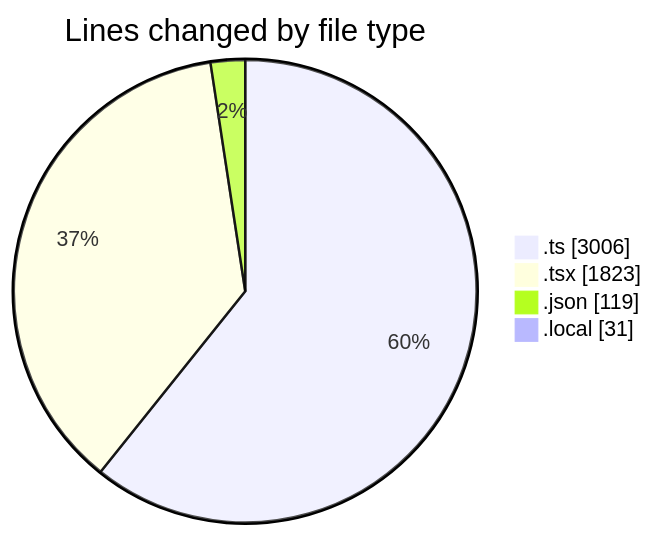
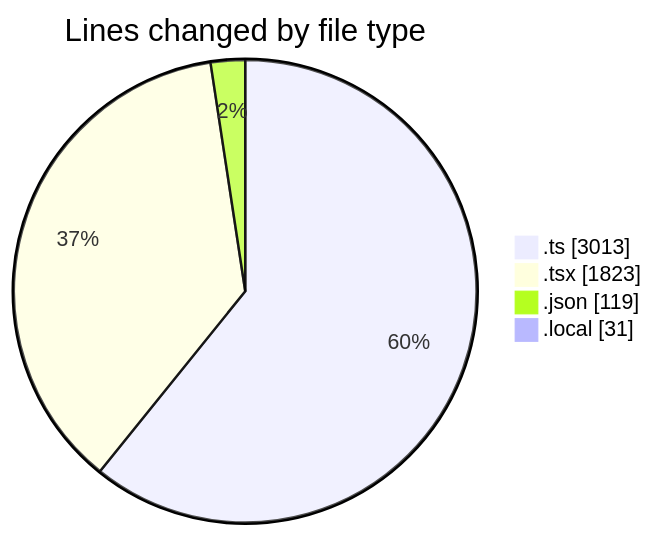
Before and after one commit to julien-gomy/code-tracking: the first of 2 diagrams in 2025-11-10/eventscop-frontend-guide__workspace_/README.md, drawn with Mermaid. The commit also changed other lines of this file and 1 other file, not shown here.

````diff
--- a/2025-11-10/eventscop-frontend-guide__workspace_/README.md
+++ b/2025-11-10/eventscop-frontend-guide__workspace_/README.md
@@ -51,8 +51,8 @@
 ```mermaid
 pie showData
 title Lines changed by file type
-".ts" : 3006
+".ts" : 3013
 ".tsx" : 1823
 ".json" : 119
 ".local" : 31
 ```
````
